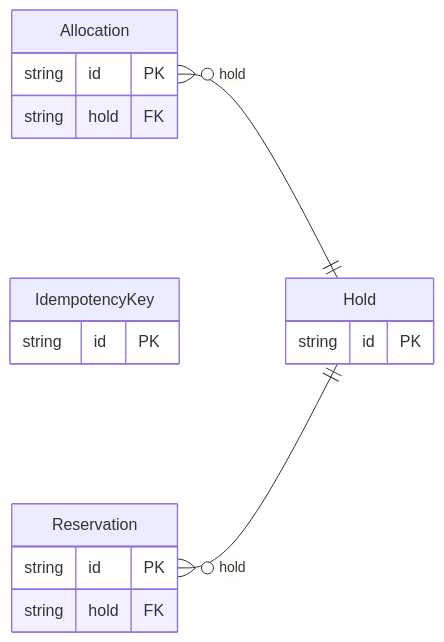
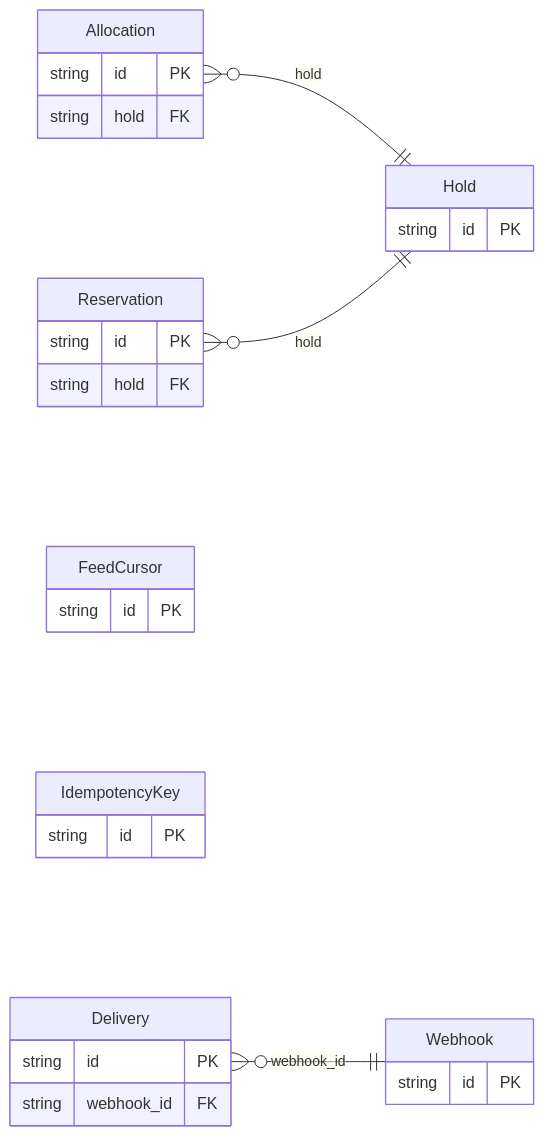
The diagram in internal/database/gorm/freebusy/README.md (shokki-engineering/freebusy), drawn with Mermaid before and after one commit. The commit also changed other lines of this file and 110 other files, not shown here.

First line of the commit message:
feat: Add webhook functionality with OpenAPI specifications and Prisma schema

````diff
--- a/internal/database/gorm/freebusy/README.md
+++ b/internal/database/gorm/freebusy/README.md
@@ -15,20 +15,31 @@
 ```mermaid
 erDiagram
     direction LR
     Allocation {
         string id PK
         string hold FK
+    }
+    Delivery {
+        string id PK
+        string webhook_id FK
+    }
+    FeedCursor {
+        string id PK
     }
     Hold {
         string id PK
     }
     IdempotencyKey {
         string id PK
     }
     Reservation {
         string id PK
         string hold FK
     }
+    Webhook {
+        string id PK
+    }
     Allocation }o--|| Hold : "hold"
+    Delivery }o--|| Webhook : "webhook_id"
     Reservation }o--|| Hold : "hold"
 ```
````
